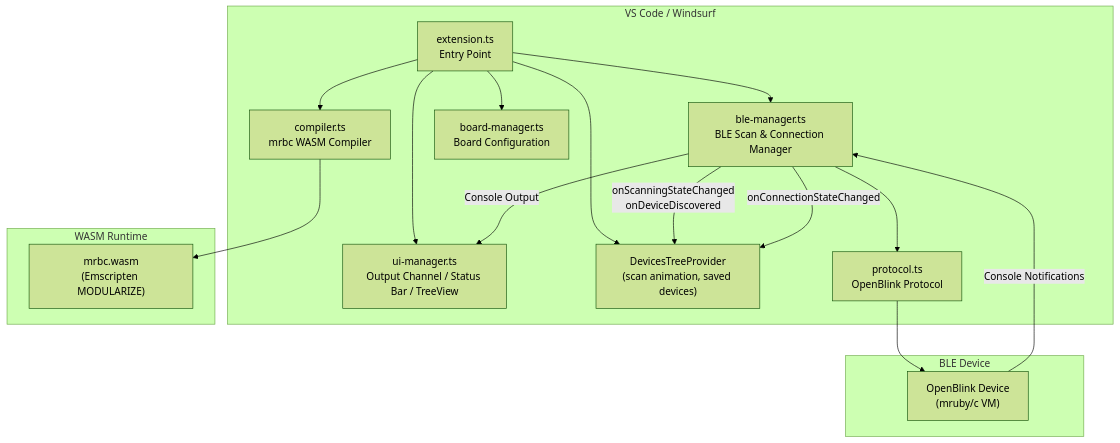
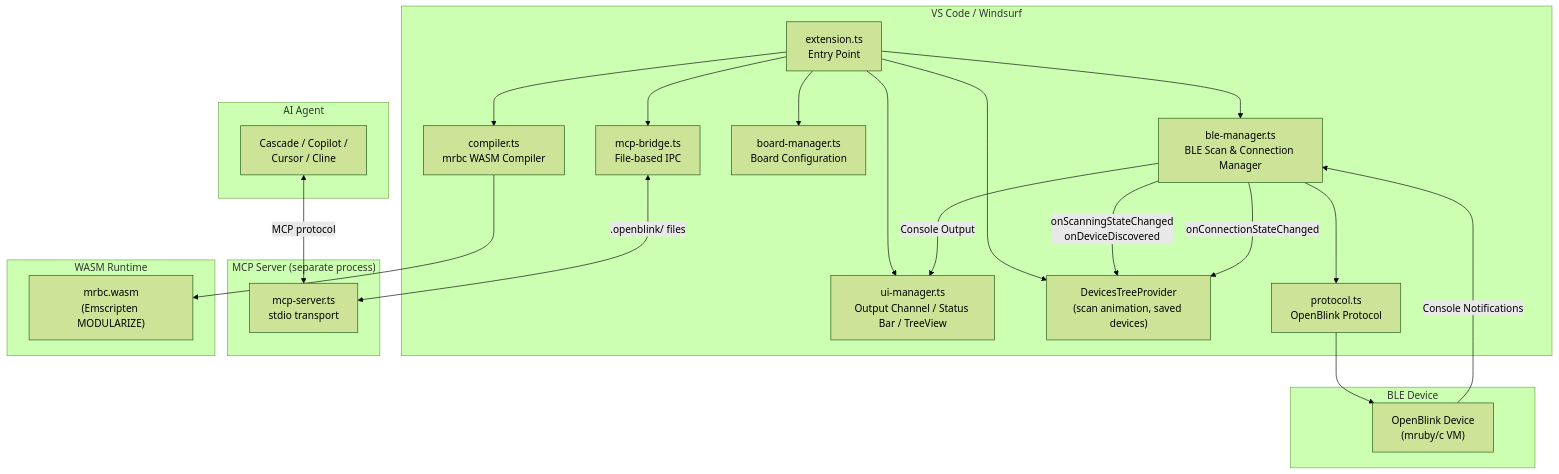
Before and after one commit to OpenBlink/openblink-vscode-extension: the first of 3 diagrams in doc/architecture.md, drawn with Mermaid (forest theme). The commit also changed other lines of this file and 4 other files, not shown here.

````diff
--- a/doc/architecture.md
+++ b/doc/architecture.md
@@ -7,33 +7,45 @@
 ```mermaid
 graph TB
     subgraph "VS Code / Windsurf"
         EXT["extension.ts<br/>Entry Point"]
         UI["ui-manager.ts<br/>Output Channel / Status Bar / TreeView"]
         DEV_TV["DevicesTreeProvider<br/>(scan animation, saved devices)"]
         COMP["compiler.ts<br/>mrbc WASM Compiler"]
         BLE["ble-manager.ts<br/>BLE Scan & Connection Manager"]
         PROTO["protocol.ts<br/>OpenBlink Protocol"]
         BOARD["board-manager.ts<br/>Board Configuration"]
+        BRIDGE["mcp-bridge.ts<br/>File-based IPC"]
+    end
+
+    subgraph "MCP Server (separate process)"
+        MCP["mcp-server.ts<br/>stdio transport"]
     end
 
     subgraph "WASM Runtime"
         MRBC["mrbc.wasm<br/>(Emscripten MODULARIZE)"]
     end
 
     subgraph "BLE Device"
         DEV["OpenBlink Device<br/>(mruby/c VM)"]
     end
 
+    subgraph "AI Agent"
+        AI["Cascade / Copilot /<br/>Cursor / Cline"]
+    end
+
     EXT --> UI
     EXT --> DEV_TV
     EXT --> COMP
     EXT --> BLE
     EXT --> BOARD
+    EXT --> BRIDGE
     BLE -->|onScanningStateChanged<br/>onDeviceDiscovered| DEV_TV
     BLE -->|onConnectionStateChanged| DEV_TV
     COMP --> MRBC
     BLE --> PROTO
     PROTO --> DEV
     DEV -->|Console Notifications| BLE
     BLE -->|Console Output| UI
+    BRIDGE <-->|.openblink/ files| MCP
+    AI <-->|MCP protocol| MCP
 ```
````
